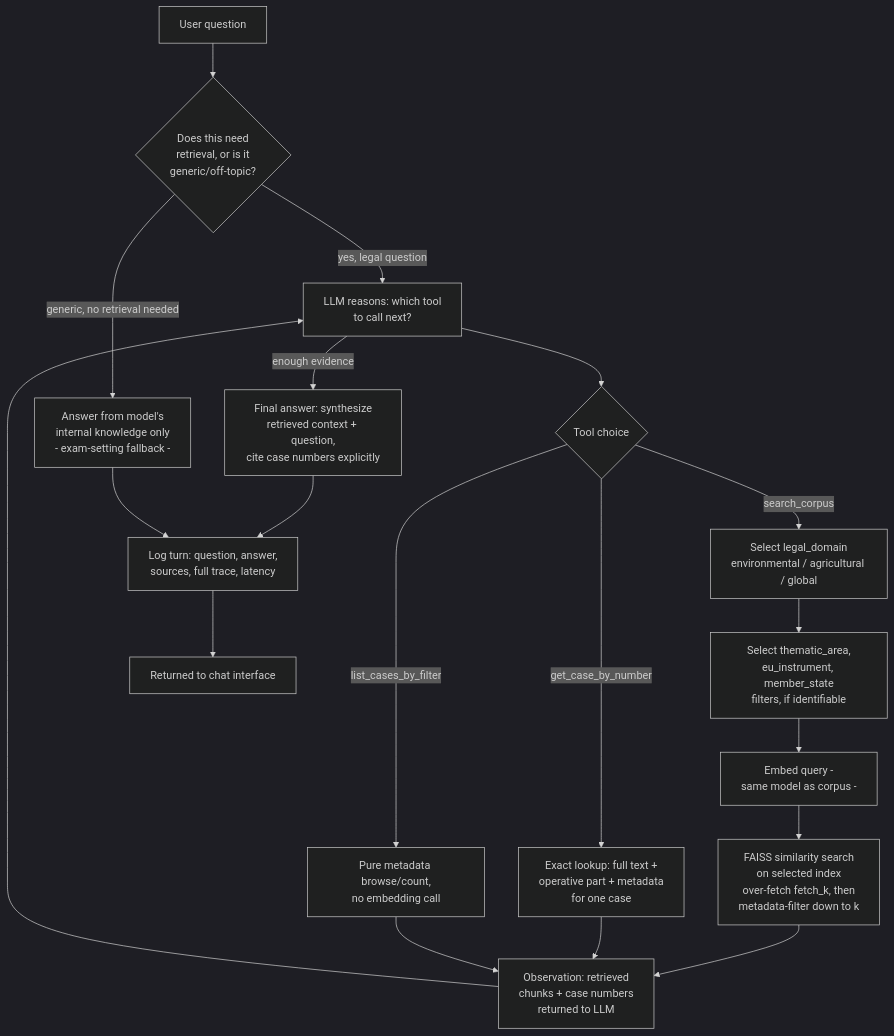
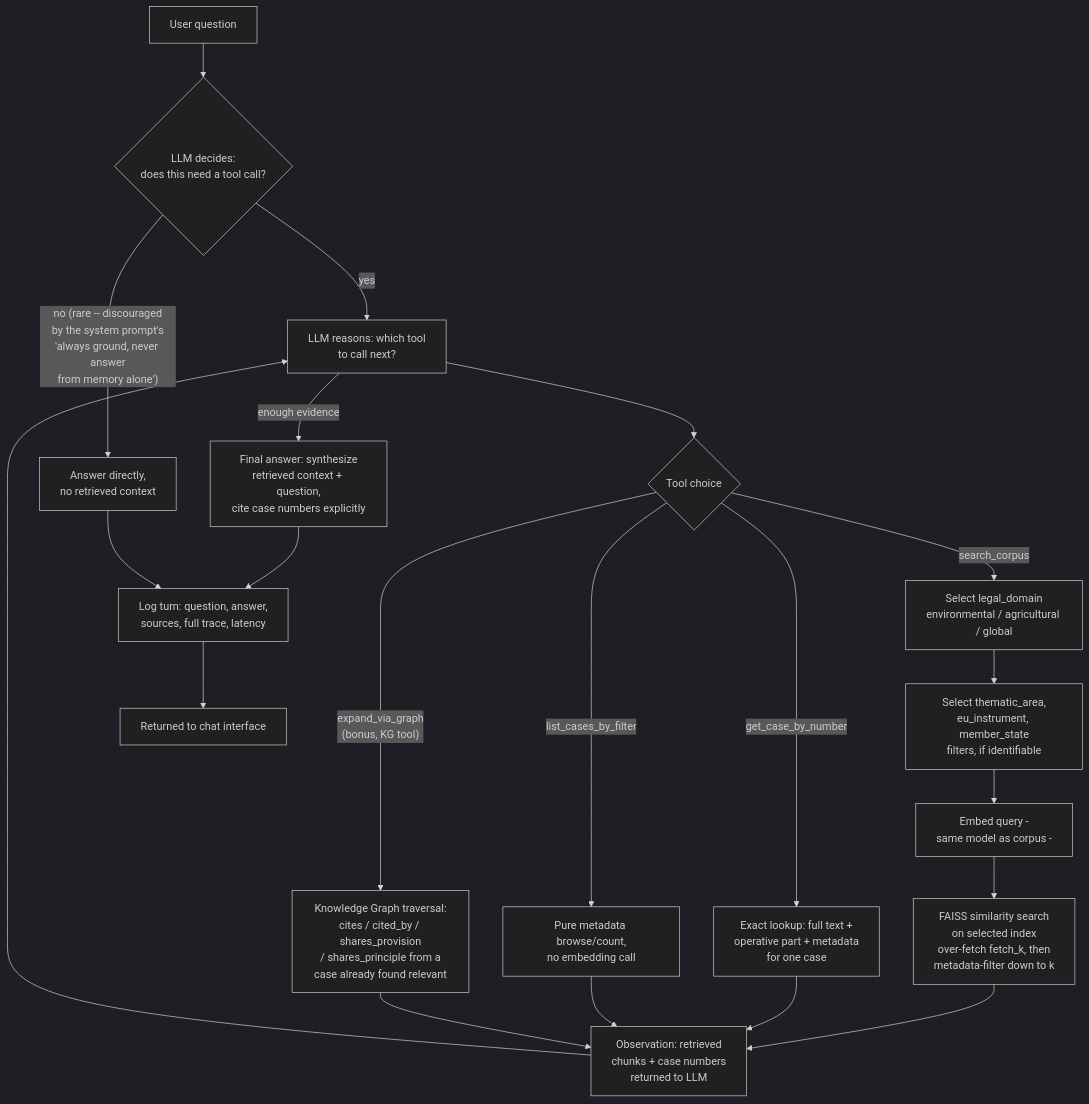
Before and after one commit to kimias21/text-mining-cjeu-rag: the diagram in docs/flowcharts/single_agent_flow.md, drawn with Mermaid (dark theme). The commit also changed other lines of this file and 2 other files, not shown here.

First line of the commit message:
Reconcile flowchart with actual grounding behavior; log full source metadata

````diff
--- a/docs/flowcharts/single_agent_flow.md
+++ b/docs/flowcharts/single_agent_flow.md
@@ -8,25 +8,28 @@
 ```mermaid
 flowchart TD
-    A[User question] --> B{Does this need\nretrieval, or is it\ngeneric/off-topic?}
-    B -- generic, no retrieval needed --> Z1[Answer from model's\ninternal knowledge only\n- exam-setting fallback -]
-    B -- yes, legal question --> C[LLM reasons: which tool\nto call next?]
+    A[User question] --> B{LLM decides:\ndoes this need a tool call?}
+    B -- "no (rare -- discouraged\nby the system prompt's\n'always ground, never answer\nfrom memory alone')" --> Z1[Answer directly,\nno retrieved context]
+    B -- yes --> C[LLM reasons: which tool\nto call next?]
 
     C --> D{Tool choice}
     D -- search_corpus --> E[Select legal_domain\nenvironmental / agricultural / global]
     E --> E2[Select thematic_area,\neu_instrument, member_state\nfilters, if identifiable]
     E2 --> F[Embed query -\nsame model as corpus -]
     F --> G[FAISS similarity search\non selected index\nover-fetch fetch_k, then\nmetadata-filter down to k]
     G --> H[Observation: retrieved\nchunks + case numbers\nreturned to LLM]
 
     D -- get_case_by_number --> I[Exact lookup: full text +\noperative part + metadata\nfor one case]
     I --> H
 
     D -- list_cases_by_filter --> J[Pure metadata browse/count,\nno embedding call]
     J --> H
 
+    D -- "expand_via_graph\n(bonus, KG tool)" --> J2[Knowledge Graph traversal:\ncites / cited_by / shares_provision\n/ shares_principle from a\ncase already found relevant]
+    J2 --> H
+
     H --> C
     C -- enough evidence --> K[Final answer: synthesize\nretrieved context + question,\ncite case numbers explicitly]
     K --> L[Log turn: question, answer,\nsources, full trace, latency]
     Z1 --> L
     L --> M[Returned to chat interface]
 ```
````
